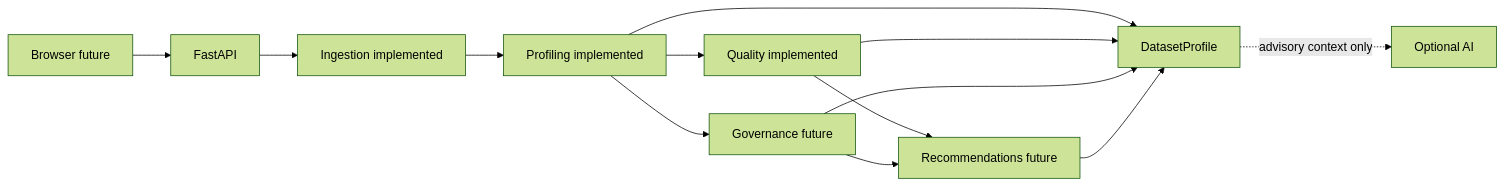
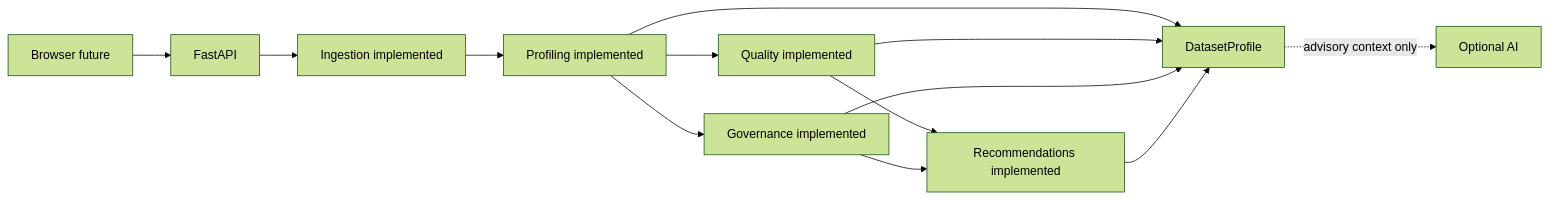
One commit to David-Simon-Soler/Data-Gobernance-Copilot changed the diagram in docs/ARCHITECTURE.md. Above: the diagram before and after it, drawn with Mermaid (forest theme). The commit also changed other lines of this file and 9 other files, not shown here.

````diff
--- a/docs/ARCHITECTURE.md
+++ b/docs/ARCHITECTURE.md
@@ -7,15 +7,15 @@
 ```mermaid
 flowchart LR
   B[Browser future] --> A[FastAPI]
   A --> I[Ingestion implemented]
   I --> P[Profiling implemented]
   P --> Q[Quality implemented]
-  P --> G[Governance future]
-  Q --> R[Recommendations future]
+  P --> G[Governance implemented]
+  Q --> R[Recommendations implemented]
   G --> R
   P --> D[DatasetProfile]
   Q --> D
   G --> D
   R --> D
   D -. advisory context only .-> L[Optional AI]
 ```
````
